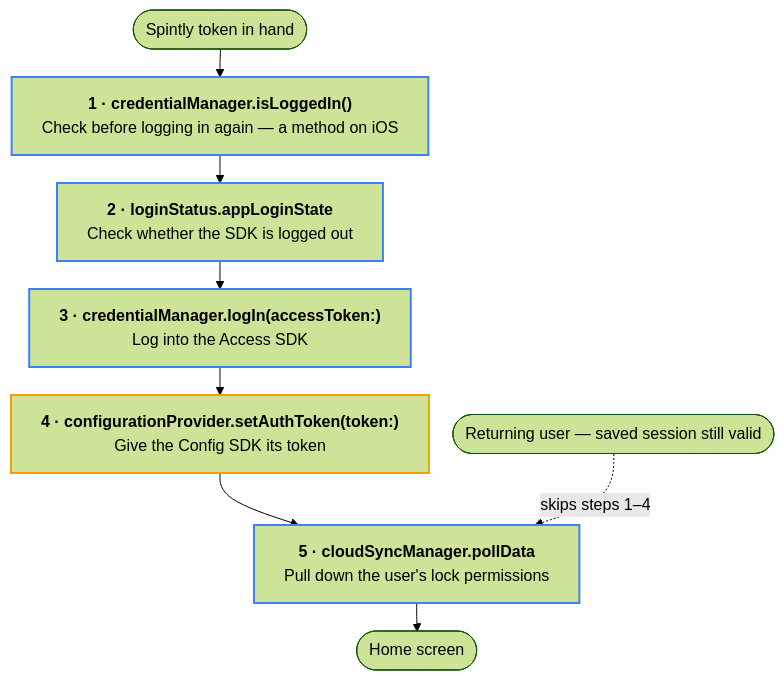
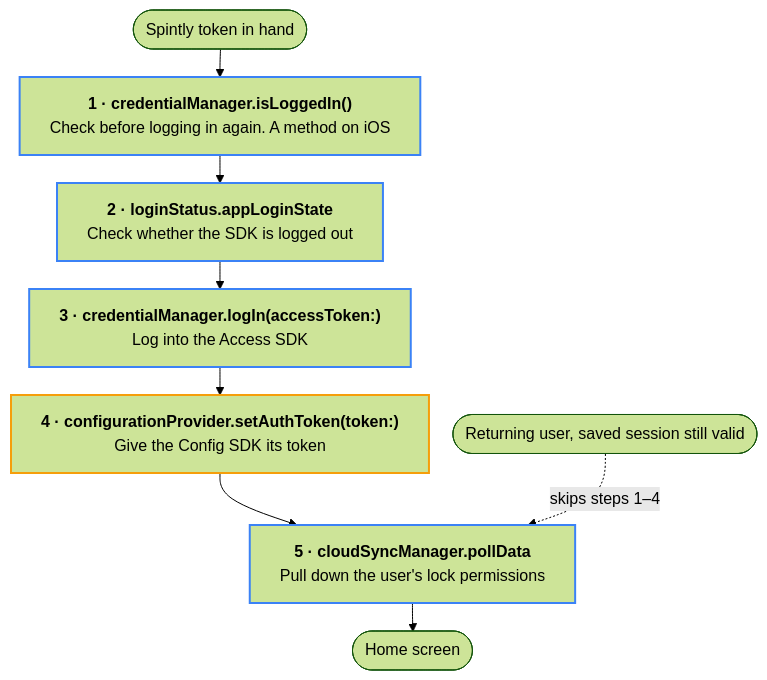
One commit to Yash-Wadatkar-Binaryveda/sdk-docs-site changed the sixth of 11 diagrams in docs/user-onboarding.md. Above: the diagram before and after it, drawn with Mermaid (forest theme). The commit also changed other lines of this file and 3 other files, not shown here.

````diff
--- a/docs/user-onboarding.md
+++ b/docs/user-onboarding.md
@@ -188,17 +188,17 @@
     ```mermaid
     %%{init:{"flowchart":{"wrappingWidth":500,"nodeSpacing":24,"rankSpacing":28}}}%%
     flowchart TD
         S(["Spintly token in hand"]) --> N1
-        N1["<b>1 · credentialManager.isLoggedIn()</b><br/>Check before logging in again — a method on iOS"]
+        N1["<b>1 · credentialManager.isLoggedIn()</b><br/>Check before logging in again. A method on iOS"]
         N1 --> N2["<b>2 · loginStatus.appLoginState</b><br/>Check whether the SDK is logged out"]
         N2 --> N3["<b>3 · credentialManager.logIn(accessToken:)</b><br/>Log into the Access SDK"]
         N3 --> N4["<b>4 · configurationProvider.setAuthToken(token:)</b><br/>Give the Config SDK its token"]
         N4 --> N5["<b>5 · cloudSyncManager.pollData</b><br/>Pull down the user's lock permissions"]
         N5 --> E(["Home screen"])
-        RU(["Returning user — saved session still valid"]) -.->|"skips steps 1–4"| N5
+        RU(["Returning user, saved session still valid"]) -.->|"skips steps 1–4"| N5
 
         classDef sdkAccess stroke:#3b82f6,stroke-width:2px
         classDef sdkConfig stroke:#f59e0b,stroke-width:2px
         class N1,N2,N3,N5 sdkAccess
         class N4 sdkConfig
     ```
````
